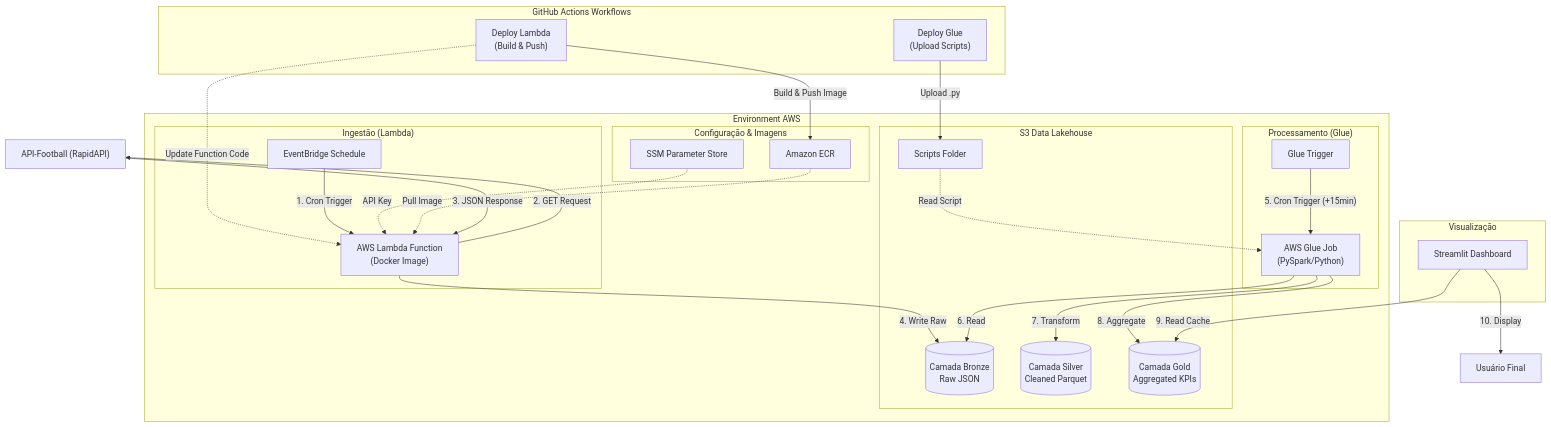
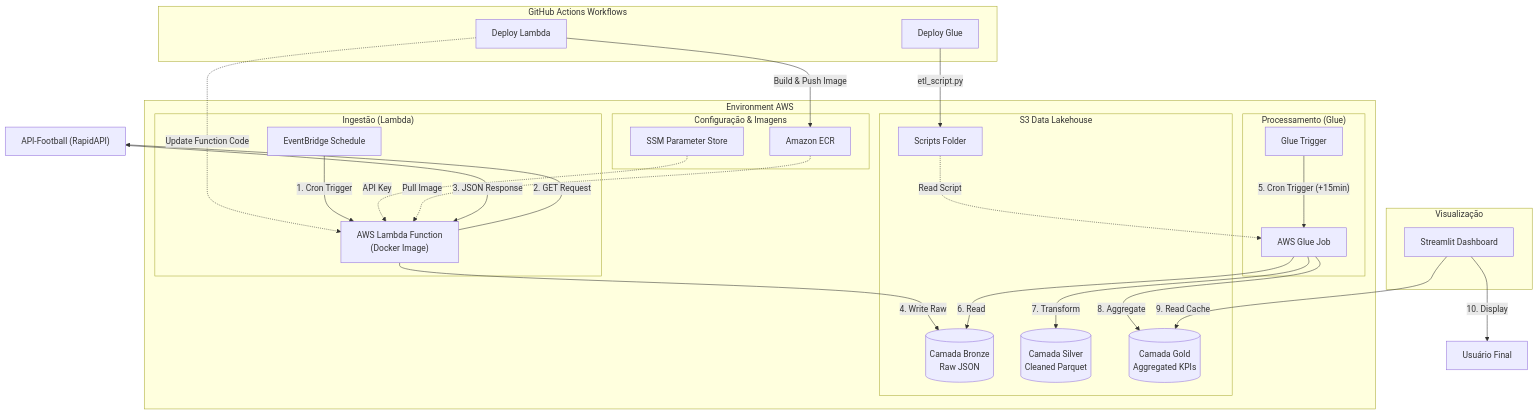
The diagram in README.md (GustavoGlatz/Dados-futebol), drawn with Mermaid before and after one commit. The commit also changed 4 other files, not shown here.

````diff
--- a/README.md
+++ b/README.md
@@ -35,68 +35,66 @@
 ```mermaid
 graph TD
     %% Atores Externos
     API["API-Football (RapidAPI)"]
     User[Usuário Final]
 
     %% CI/CD (GitHub Actions)
     subgraph CI_CD [GitHub Actions Workflows]
-        %% CORREÇÃO AQUI: Aspas adicionadas nos dois nós abaixo
-        GH_Lambda["Deploy Lambda\n(Build & Push)"]
-        GH_Glue["Deploy Glue\n(Upload Scripts)"]
+        GH_Lambda["Deploy Lambda"]
+        GH_Glue["Deploy Glue"]
     end
 
     %% Serviços AWS e Componentes
     subgraph AWS [Environment AWS]
         
         subgraph Config [Configuração & Imagens]
             SSM[SSM Parameter Store]
             ECR[Amazon ECR]
         end
 
         subgraph Ingestion ["Ingestão (Lambda)"]
             EB[EventBridge Schedule]
             Lambda["AWS Lambda Function\n(Docker Image)"]
         end
 
         subgraph Transformation ["Processamento (Glue)"]
             GlueTrig[Glue Trigger]
-            Glue["AWS Glue Job\n(PySpark/Python)"]
+            Glue["AWS Glue Job"]
         end
 
         subgraph DataLake [S3 Data Lakehouse]
             Scripts[Scripts Folder]
             Bronze[(Camada Bronze\nRaw JSON)]
             Silver[(Camada Silver\nCleaned Parquet)]
             Gold[(Camada Gold\nAggregated KPIs)]
         end
     end
 
     subgraph Visualization [Visualização]
         Streamlit[Streamlit Dashboard]
     end
 
     %% Fluxo de Deploy (CI/CD)
     GH_Lambda -->|Build & Push Image| ECR
     GH_Lambda -.->|Update Function Code| Lambda
-    GH_Glue -->|Upload .py| Scripts
+    GH_Glue -->|etl_script.py| Scripts
 
     %% Fluxo de Execução
     EB -->|1. Cron Trigger| Lambda
     SSM -.->|API Key| Lambda
     ECR -.->|Pull Image| Lambda
     
     Lambda -->|2. GET Request| API
     API -->|3. JSON Response| Lambda
     Lambda -->|4. Write Raw| Bronze
 
-    %% CORREÇÃO ANTERIOR MANTIDA
     GlueTrig -->|"5. Cron Trigger (+15min)"| Glue
     Scripts -.->|Read Script| Glue
     
     Glue -->|6. Read| Bronze
     Glue -->|7. Transform| Silver
     Glue -->|8. Aggregate| Gold
 
     Streamlit -->|9. Read Cache| Gold
     Streamlit -->|10. Display| User
 ```
````
